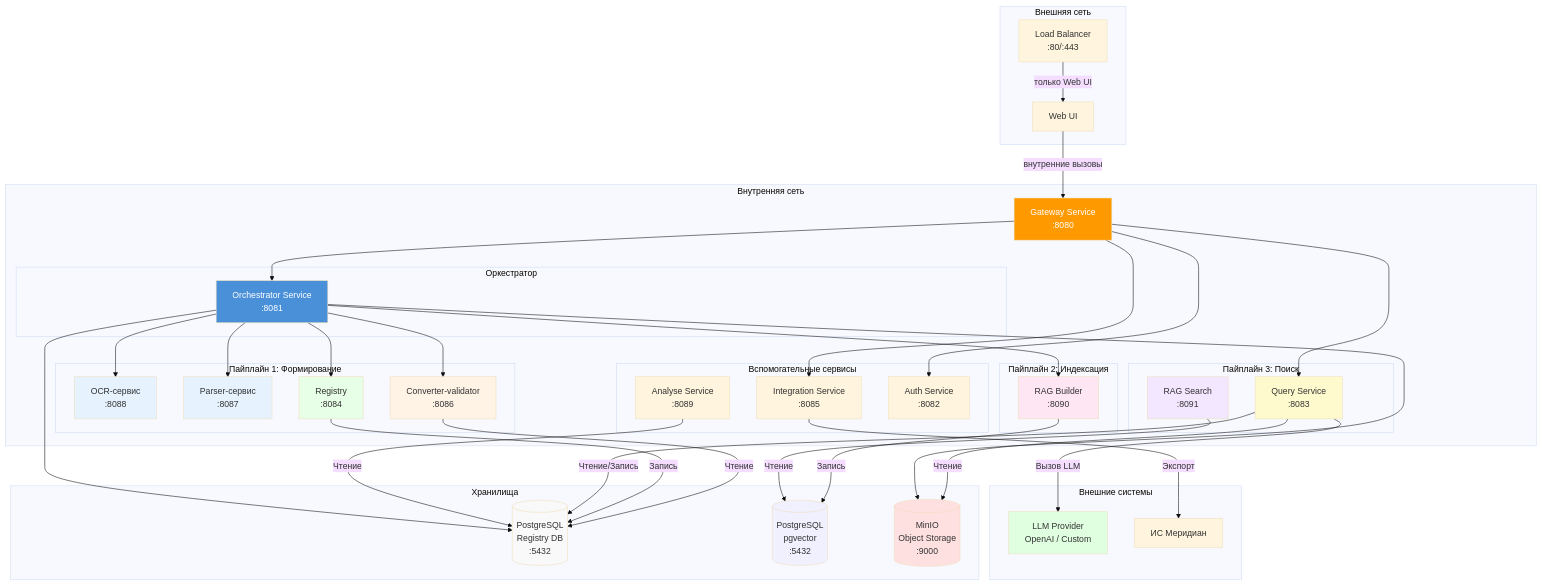
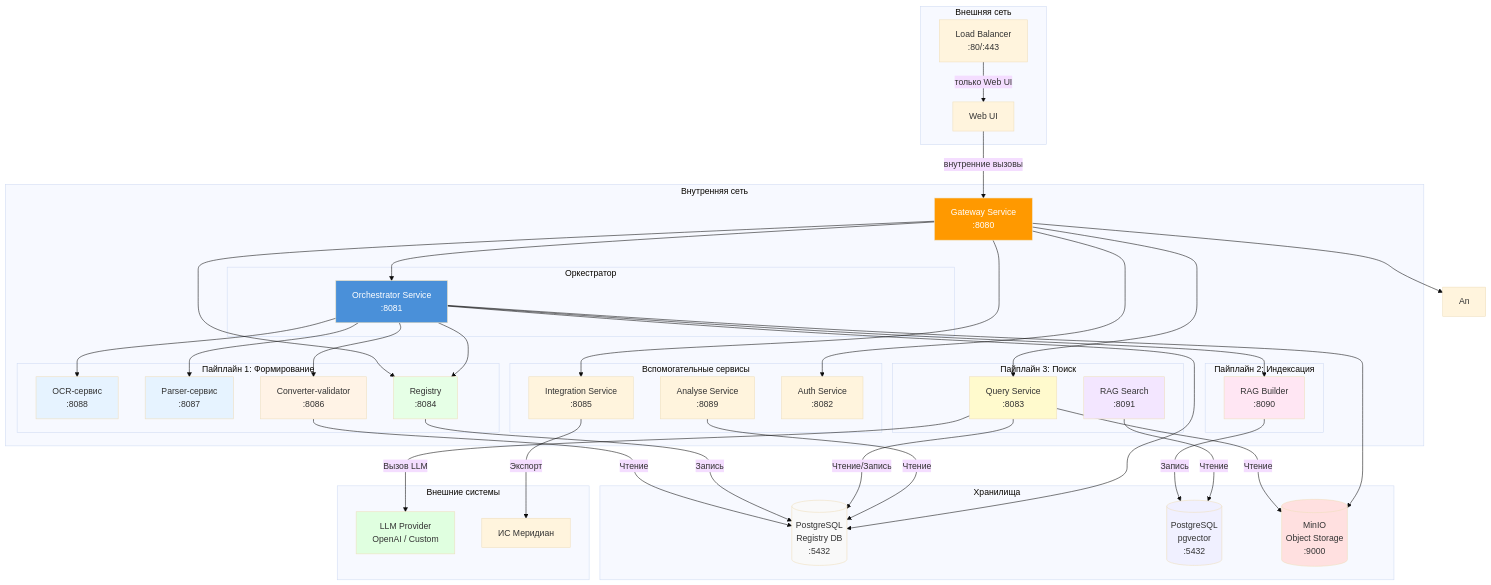
Before and after one commit to MasterKSAF/PKB: the fourth of 4 diagrams in docs/pipelines/overview.md, drawn with Mermaid (base theme). The commit also changed other lines of this file and 30 other files, not shown here.

```diff
--- a/docs/pipelines/overview.md
+++ b/docs/pipelines/overview.md
@@ -475,6 +478,8 @@
     GW --> Orch
     GW --> QS
     GW --> IS
+    GW --> Reg
+    GW --> An
 
     Orch --> OCR
     Orch --> Pars
```
